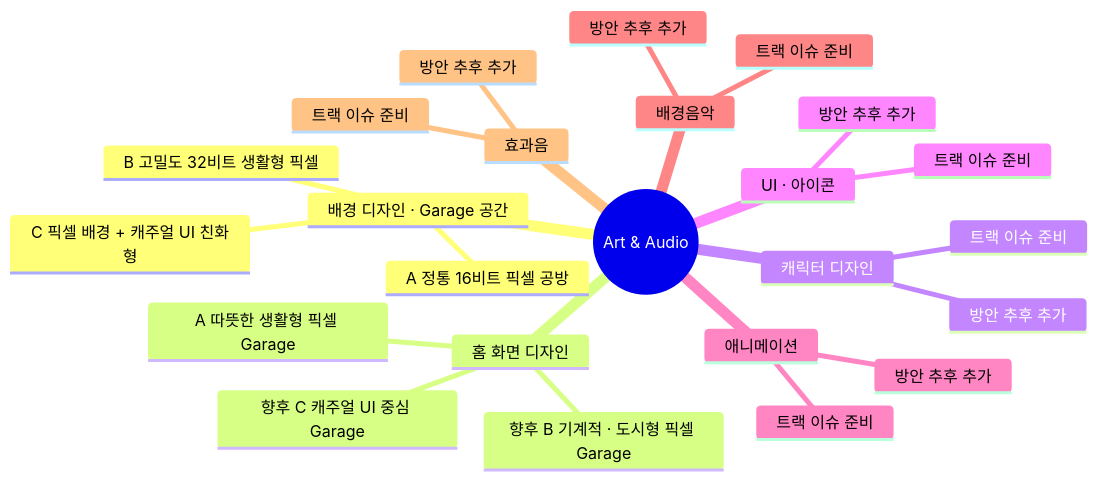
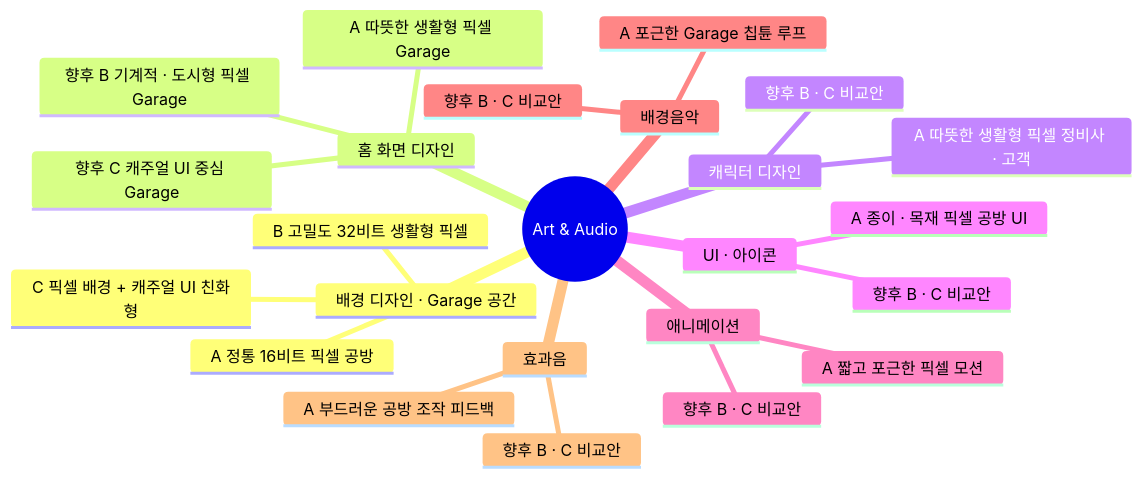
One commit to aigemro/dream-bike-garage-lab changed the third of 5 diagrams in docs/LAB_PROTOTYPE_MAP.md. Above: the diagram before and after it, drawn with Mermaid. The commit also changed other lines of this file and 10 other files, not shown here.

````diff
--- a/docs/LAB_PROTOTYPE_MAP.md
+++ b/docs/LAB_PROTOTYPE_MAP.md
@@ -137,27 +137,27 @@
 ```mermaid
 mindmap
   root((Art & Audio))
     배경 디자인 · Garage 공간
       A 정통 16비트 픽셀 공방
       B 고밀도 32비트 생활형 픽셀
       C 픽셀 배경 + 캐주얼 UI 친화형
     홈 화면 디자인
       A 따뜻한 생활형 픽셀 Garage
       향후 B 기계적 · 도시형 픽셀 Garage
       향후 C 캐주얼 UI 중심 Garage
     캐릭터 디자인
-      트랙 이슈 준비
-      방안 추후 추가
+      A 따뜻한 생활형 픽셀 정비사 · 고객
+      향후 B · C 비교안
     UI · 아이콘
-      트랙 이슈 준비
-      방안 추후 추가
+      A 종이 · 목재 픽셀 공방 UI
+      향후 B · C 비교안
     애니메이션
-      트랙 이슈 준비
-      방안 추후 추가
+      A 짧고 포근한 픽셀 모션
+      향후 B · C 비교안
     배경음악
-      트랙 이슈 준비
-      방안 추후 추가
+      A 포근한 Garage 칩튠 루프
+      향후 B · C 비교안
     효과음
-      트랙 이슈 준비
-      방안 추후 추가
+      A 부드러운 공방 조작 피드백
+      향후 B · C 비교안
 ```
````
